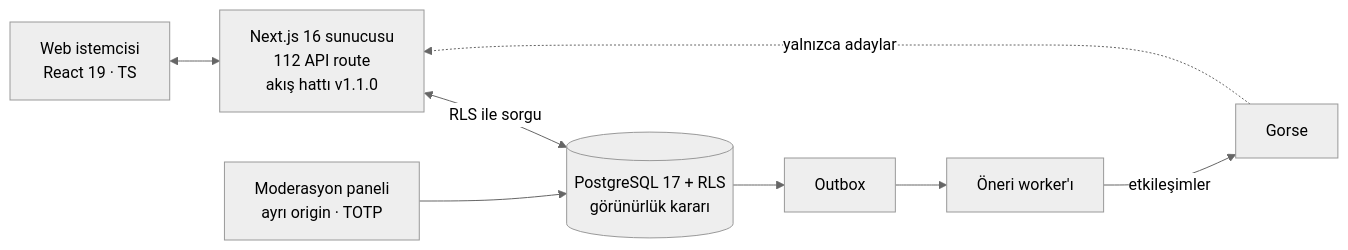
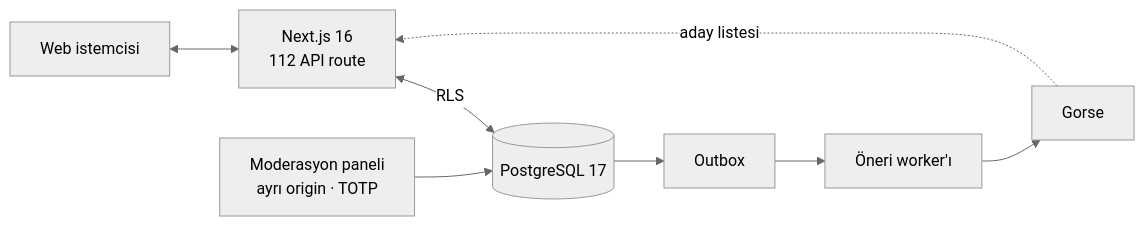
Before and after one commit to LightWonkas/avizi-showcase: the diagram in README.md, drawn with Mermaid (neutral theme). The commit also changed other lines of this file and 1 other file, not shown here.

````diff
--- a/README.md
+++ b/README.md
@@ -35,10 +29,10 @@
 ```mermaid
 flowchart LR
-  C[Web istemcisi<br/>React 19 · TS] <--> N[Next.js 16 sunucusu<br/>112 API route<br/>akış hattı v1.1.0]
-  N <-->|RLS ile sorgu| DB[(PostgreSQL 17 + RLS<br/>görünürlük kararı)]
+  C[Web istemcisi] <--> N[Next.js 16<br/>112 API route]
+  N <-->|RLS| DB[(PostgreSQL 17)]
   DB --> O[Outbox]
   O --> W[Öneri worker'ı]
-  W -->|etkileşimler| G[Gorse]
-  G -.->|yalnızca adaylar| N
+  W --> G[Gorse]
+  G -.->|aday listesi| N
   M[Moderasyon paneli<br/>ayrı origin · TOTP] --> DB
 ```
````
